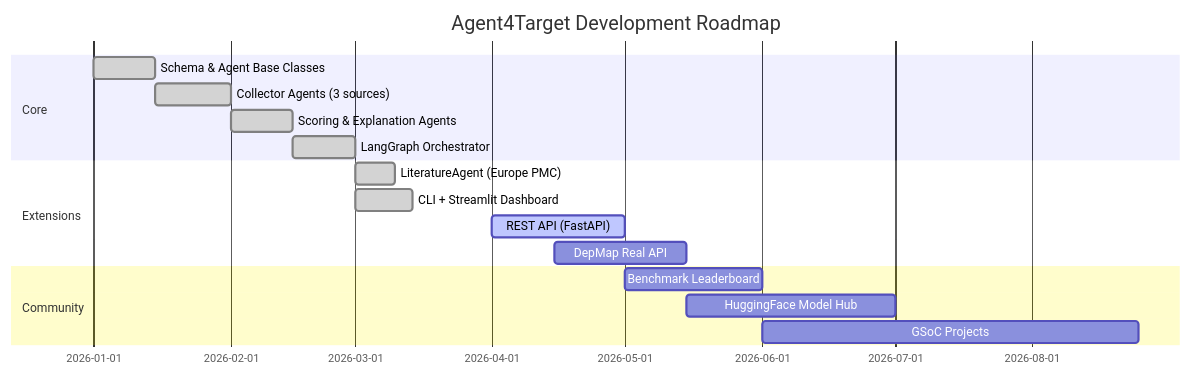
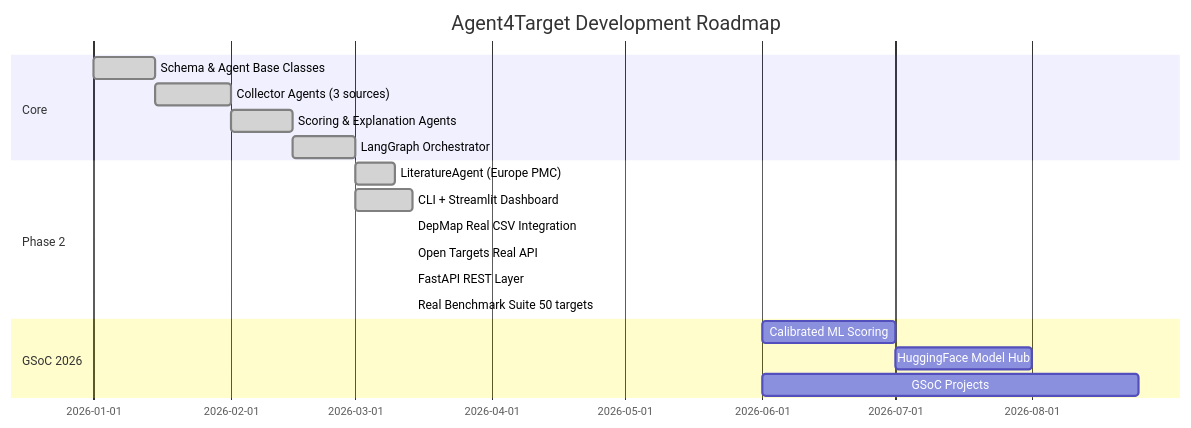
One commit to kumardhruv88/agent4agent changed the second of 2 diagrams in README.md. Above: the diagram before and after it, drawn with Mermaid. The commit also changed other lines of this file, not shown here.

First line of the commit message:
Update README for version 0.2.0 and REST API

````diff
--- a/README.md
+++ b/README.md
@@ -528,19 +452,21 @@
 ```mermaid
 gantt
     title Agent4Target Development Roadmap
     dateFormat YYYY-MM-DD
     section Core
         Schema & Agent Base Classes     :done,    2026-01-01, 2026-01-15
         Collector Agents (3 sources)    :done,    2026-01-15, 2026-02-01
         Scoring & Explanation Agents    :done,    2026-02-01, 2026-02-15
         LangGraph Orchestrator          :done,    2026-02-15, 2026-03-01
-    section Extensions
+    section Phase 2
         LiteratureAgent (Europe PMC)    :done,    2026-03-01, 2026-03-10
         CLI + Streamlit Dashboard       :done,    2026-03-01, 2026-03-14
-        REST API (FastAPI)              :active,  2026-04-01, 2026-05-01
-        DepMap Real API                 :         2026-04-15, 2026-05-15
-    section Community
-        Benchmark Leaderboard           :         2026-05-01, 2026-06-01
-        HuggingFace Model Hub           :         2026-05-15, 2026-07-01
+        DepMap Real CSV Integration     :done,    2026-03-14, 2026-03-14
+        Open Targets Real API           :done,    2026-03-14, 2026-03-14
+        FastAPI REST Layer              :done,    2026-03-14, 2026-03-14
+        Real Benchmark Suite 50 targets :done,    2026-03-14, 2026-03-14
+    section GSoC 2026
+        Calibrated ML Scoring           :         2026-06-01, 2026-07-01
+        HuggingFace Model Hub           :         2026-07-01, 2026-08-01
         GSoC Projects                   :         2026-06-01, 2026-08-25
 ```
````
